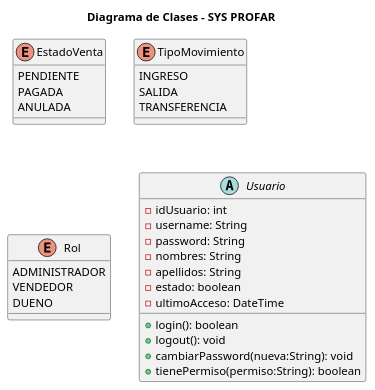
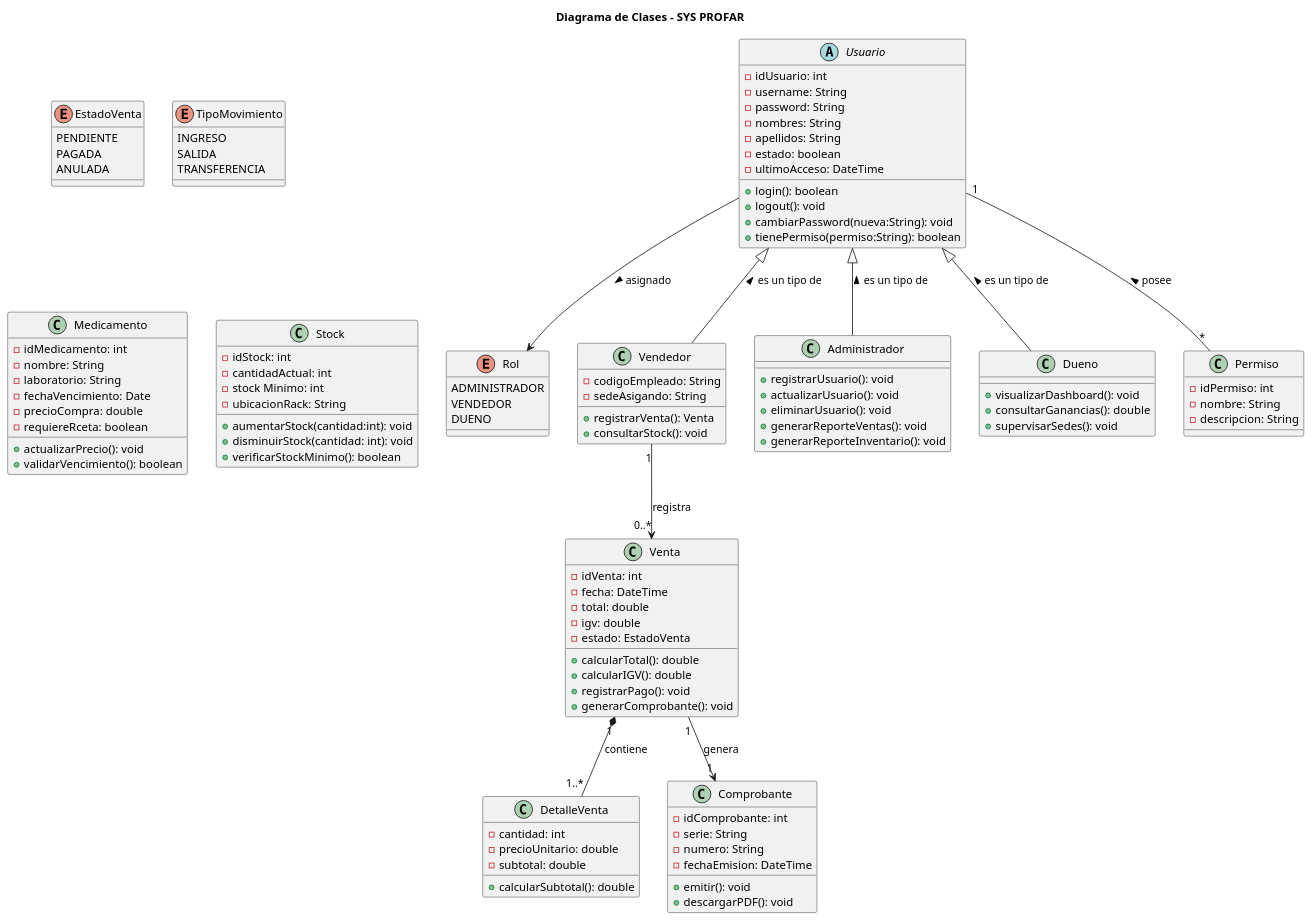
One commit to sucaroque/SYS-PROFAR-DOCS changed the diagram in 2-MODELO_UML/Estructural/1-Clases/diagrama-clases-sysprofar.puml. Above: the diagram before and after it, drawn with PlantUML.

Commit message:
Actualizando el diagrama de clases SYS PROFAR

```diff
--- a/2-MODELO_UML/Estructural/1-Clases/diagrama-clases-sysprofar.puml
+++ b/2-MODELO_UML/Estructural/1-Clases/diagrama-clases-sysprofar.puml
@@ -1,42 +1,140 @@
 @startuml
 title Diagrama de Clases - SYS PROFAR
 '====================================
 ' ENUMS
 ' ===================================
 enum EstadoVenta {
     PENDIENTE
     PAGADA
     ANULADA
 }
 
 enum TipoMovimiento {
     INGRESO
     SALIDA
     TRANSFERENCIA
 }
 
 enum Rol {
     ADMINISTRADOR
     VENDEDOR
     DUENO
 }
 
 '=================================
 'USUARIOS
 '=================================
 
 abstract class Usuario {
     - idUsuario: int
     - username: String
     - password: String
     - nombres: String
     - apellidos: String
     - estado: boolean
     - ultimoAcceso: DateTime
 
     + login(): boolean
     + logout(): void
     + cambiarPassword(nueva:String): void
     + tienePermiso(permiso:String): boolean
 }
+
+class Vendedor{
+    - codigoEmpleado: String
+    - sedeAsigando: String
+
+    + registrarVenta(): Venta
+    + consultarStock(): void
+}
+
+class Administrador{
+    + registrarUsuario(): void
+    + actualizarUsuario(): void
+    + eliminarUsuario(): void
+    + generarReporteVentas(): void
+    + generarReporteInventario(): void
+}
+class Dueno{
+    + visualizarDashboard(): void
+    + consultarGanancias(): double
+    + supervisarSedes(): void
+}
+
+Usuario <|-- Vendedor : es un tipo de <
+Usuario <|-- Administrador : es un tipo de <
+Usuario <|-- Dueno : es un tipo de <
+
+class Permiso {
+    - idPermiso: int
+    - nombre: String
+    - descripcion: String
+}
+
+Usuario "1" -- "*" Permiso : posee <
+Usuario --> Rol : asignado >
+
+'=====================================
+'VENTAS
+'=====================================
+
+class Venta {
+    - idVenta: int
+    - fecha: DateTime
+    - total: double
+    - igv: double
+    - estado: EstadoVenta
+
+    + calcularTotal(): double
+    + calcularIGV(): double
+    + registrarPago(): void
+    + generarComprobante(): void
+}
+class DetalleVenta {
+    - cantidad: int
+    - precioUnitario: double
+    - subtotal: double
+
+    + calcularSubtotal(): double
+}
+class Comprobante {
+    - idComprobante: int
+    - serie: String
+    - numero: String
+    - fechaEmision: DateTime
+
+    + emitir(): void
+    + descargarPDF(): void
+}
+
+Venta "1" *-- "1..*" DetalleVenta : contiene
+Venta "1" --> "1" Comprobante : genera
+Vendedor "1" --> "0..*" Venta : registra
+
+'=========================================
+'INVENTARIO
+'=========================================
+
+class Medicamento {
+    - idMedicamento: int
+    - nombre: String
+    - laboratorio: String
+    - fechaVencimiento: Date
+    - precioCompra: double
+    - requiereRceta: boolean
+
+    + actualizarPrecio(): void
+    + validarVencimiento(): boolean
+}
+class Stock {
+    - idStock: int
+    - cantidadActual: int
+    - stock Minimo: int
+    - ubicacionRack: String
+
+    + aumentarStock(cantidad:int): void
+    + disminuirStock(cantidad: int): void
+    + verificarStockMinimo(): boolean
+}
+
 @enduml
```
